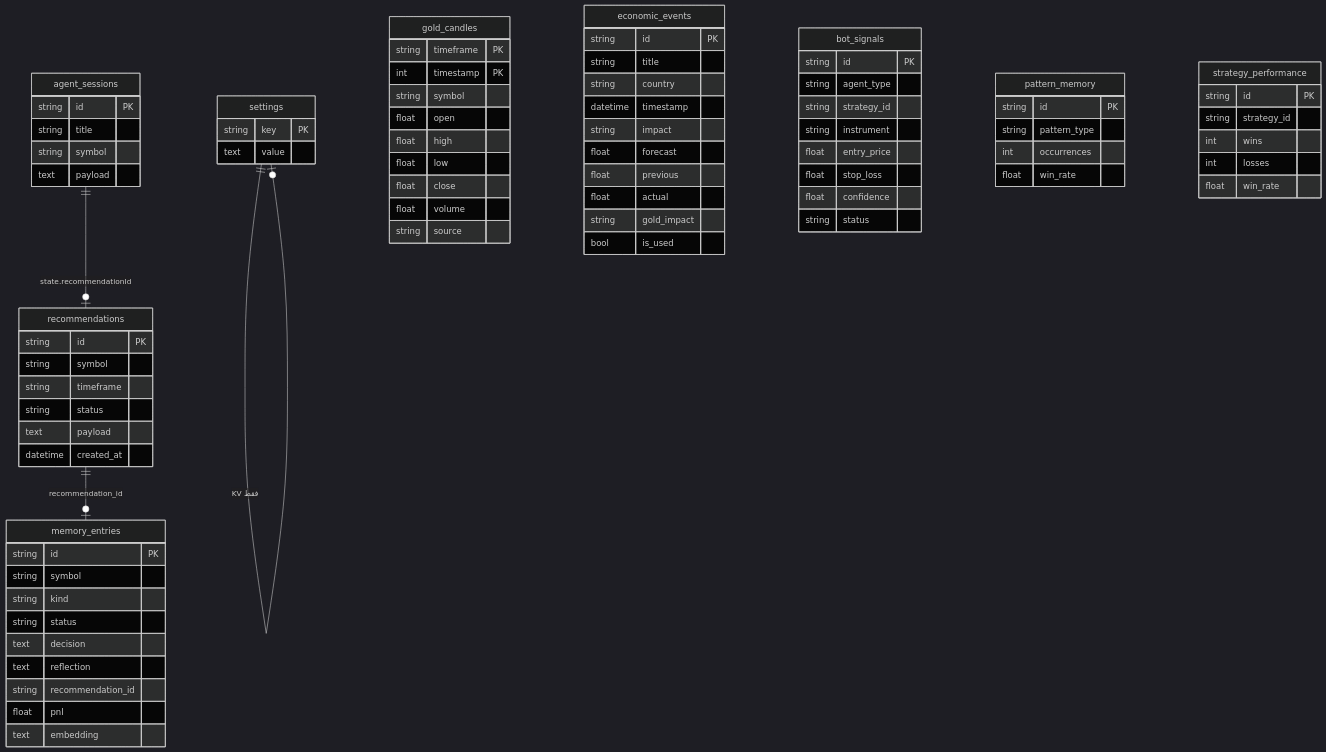
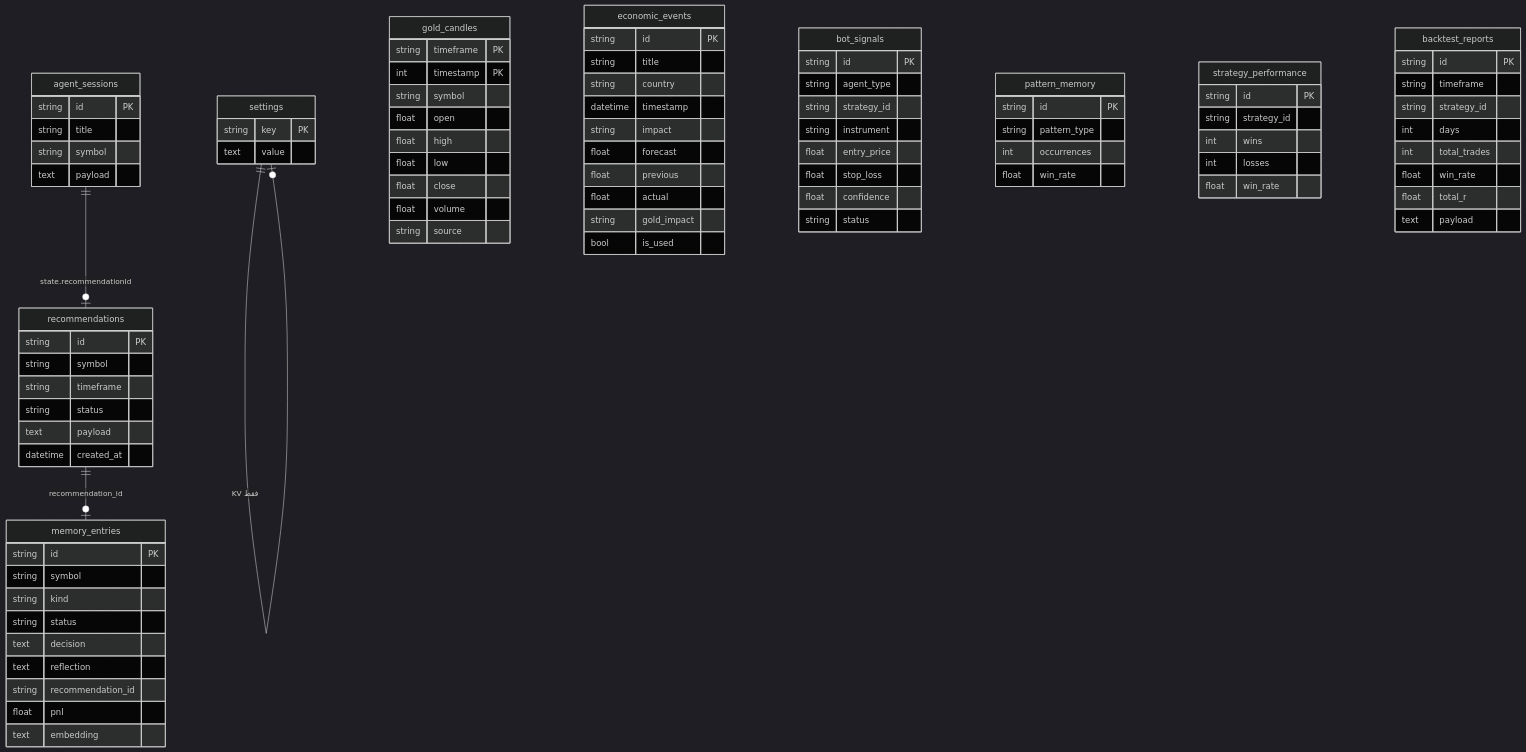
The fourth of 4 diagrams in docs/FOXAGENT_REFERENCE_AR.md (loorksy/foxagent), drawn with Mermaid (dark theme) before and after one commit. The commit also changed other lines of this file and 26 other files, not shown here.

````diff
--- a/docs/FOXAGENT_REFERENCE_AR.md
+++ b/docs/FOXAGENT_REFERENCE_AR.md
@@ -645,11 +645,21 @@
     int occurrences
     float win_rate
   }
-  strategy_performance {
+    strategy_performance {
     string id PK
     string strategy_id
     int wins
     int losses
     float win_rate
   }
+  backtest_reports {
+    string id PK
+    string timeframe
+    string strategy_id
+    int days
+    int total_trades
+    float win_rate
+    float total_r
+    text payload
+  }
 ```
````
